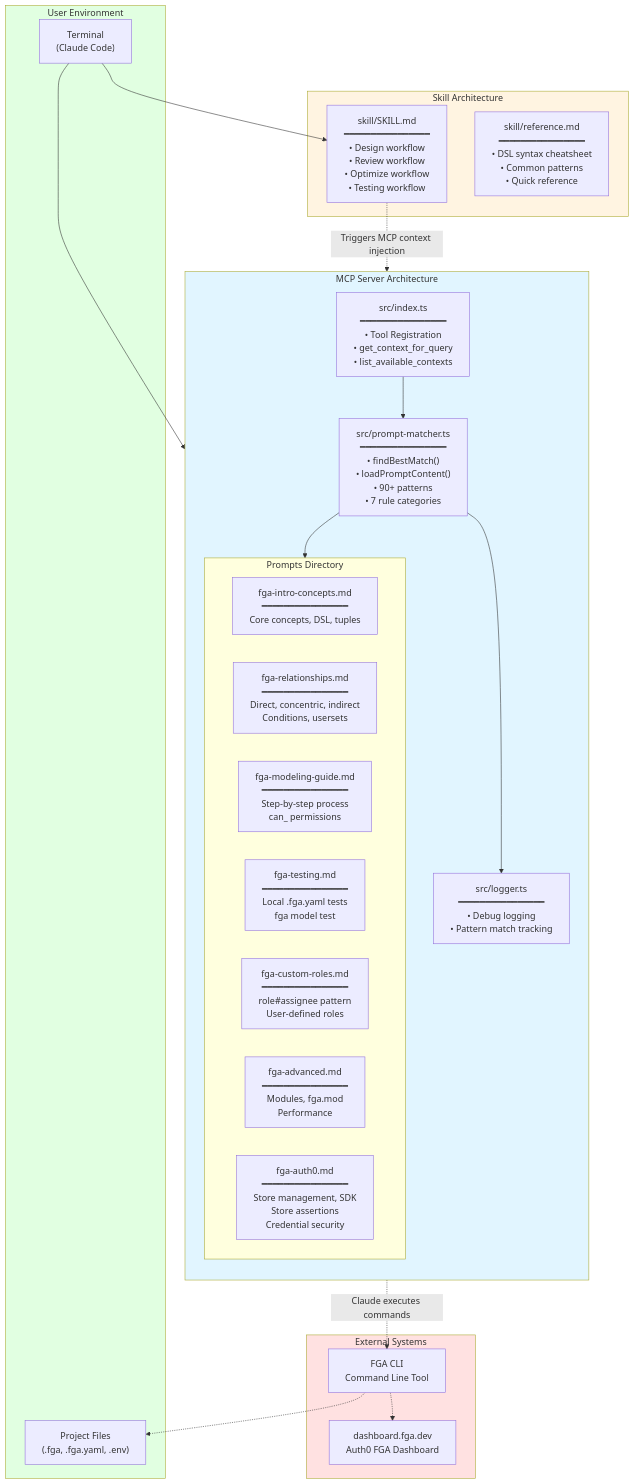
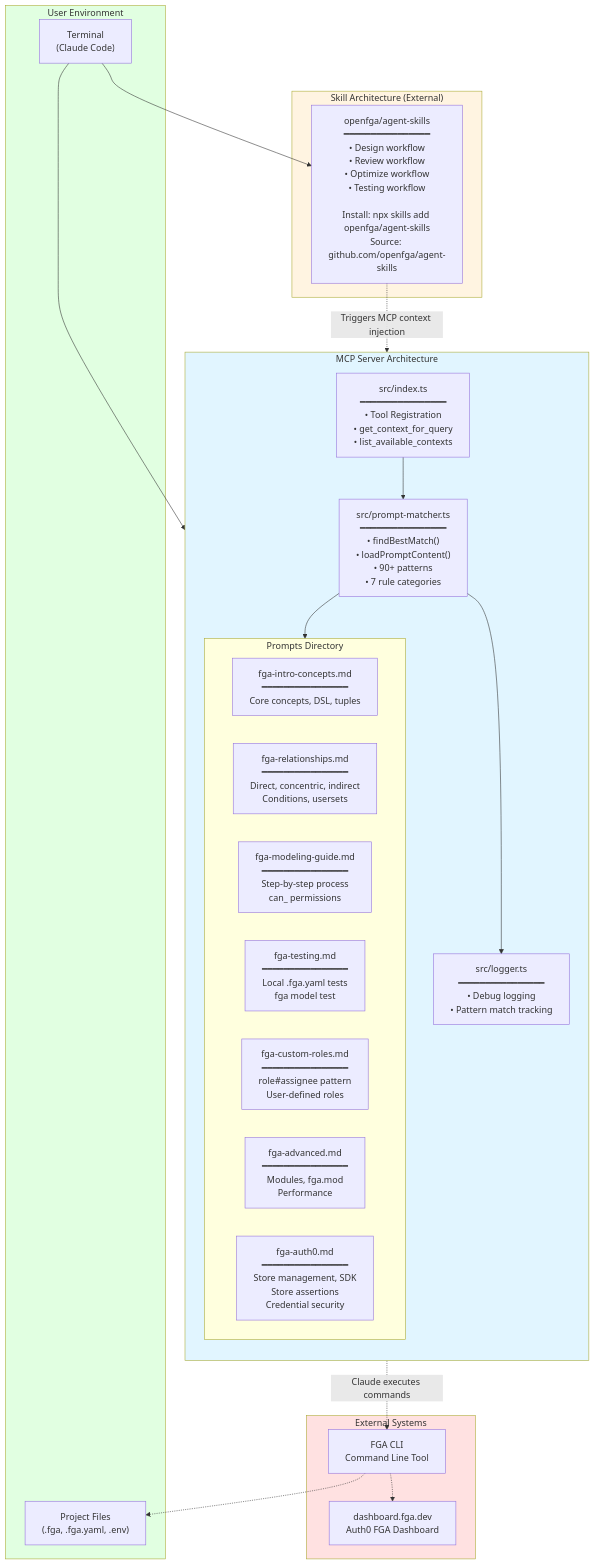
The second of 8 diagrams in ARCHITECTURE.md (violetarcher/fga-mcp-skills-quickstart), drawn with Mermaid before and after one commit. The commit also changed other lines of this file and 10 other files, not shown here.

````diff
--- a/ARCHITECTURE.md
+++ b/ARCHITECTURE.md
@@ -58,56 +57,54 @@
 ```mermaid
 graph TB
     subgraph External["External Systems"]
         Dashboard["dashboard.fga.dev<br/>Auth0 FGA Dashboard"]
         CLI["FGA CLI<br/>Command Line Tool"]
     end
 
     subgraph User["User Environment"]
         Terminal["Terminal<br/>(Claude Code)"]
         Files["Project Files<br/>(.fga, .fga.yaml, .env)"]
     end
 
     subgraph MCPServer["MCP Server Architecture"]
         direction TB
 
         Index["src/index.ts<br/>━━━━━━━━━━━━━━━━<br/>• Tool Registration<br/>• get_context_for_query<br/>• list_available_contexts"]
 
         Matcher["src/prompt-matcher.ts<br/>━━━━━━━━━━━━━━━━<br/>• findBestMatch()<br/>• loadPromptContent()<br/>• 90+ patterns<br/>• 7 rule categories"]
 
         Logger["src/logger.ts<br/>━━━━━━━━━━━━━━━━<br/>• Debug logging<br/>• Pattern match tracking"]
 
         subgraph PromptFiles["Prompts Directory"]
             P1["fga-intro-concepts.md<br/>━━━━━━━━━━━━━━━━<br/>Core concepts, DSL, tuples"]
             P2["fga-relationships.md<br/>━━━━━━━━━━━━━━━━<br/>Direct, concentric, indirect<br/>Conditions, usersets"]
             P3["fga-modeling-guide.md<br/>━━━━━━━━━━━━━━━━<br/>Step-by-step process<br/>can_ permissions"]
             P4["fga-testing.md<br/>━━━━━━━━━━━━━━━━<br/>Local .fga.yaml tests<br/>fga model test"]
             P5["fga-custom-roles.md<br/>━━━━━━━━━━━━━━━━<br/>role#assignee pattern<br/>User-defined roles"]
             P6["fga-advanced.md<br/>━━━━━━━━━━━━━━━━<br/>Modules, fga.mod<br/>Performance"]
             P7["fga-auth0.md<br/>━━━━━━━━━━━━━━━━<br/>Store management, SDK<br/>Store assertions<br/>Credential security"]
         end
 
         Index --> Matcher
         Matcher --> Logger
         Matcher --> PromptFiles
     end
 
-    subgraph SkillArch["Skill Architecture"]
-        SkillFile["skill/SKILL.md<br/>━━━━━━━━━━━━━━━━<br/>• Design workflow<br/>• Review workflow<br/>• Optimize workflow<br/>• Testing workflow"]
-
-        RefFile["skill/reference.md<br/>━━━━━━━━━━━━━━━━<br/>• DSL syntax cheatsheet<br/>• Common patterns<br/>• Quick reference"]
+    subgraph SkillArch["Skill Architecture (External)"]
+        SkillFile["openfga/agent-skills<br/>━━━━━━━━━━━━━━━━<br/>• Design workflow<br/>• Review workflow<br/>• Optimize workflow<br/>• Testing workflow<br/><br/>Install: npx skills add openfga/agent-skills<br/>Source: github.com/openfga/agent-skills"]
     end
 
     Terminal --> Index
     Terminal --> SkillFile
 
     SkillFile -.->|"Triggers MCP context injection"| Index
 
     Index -.->|"Claude executes commands"| CLI
     CLI -.-> Dashboard
     CLI -.-> Files
 
     style MCPServer fill:#e1f5ff
     style SkillArch fill:#fff4e1
     style External fill:#ffe1e1
     style User fill:#e1ffe1
 ```
````
